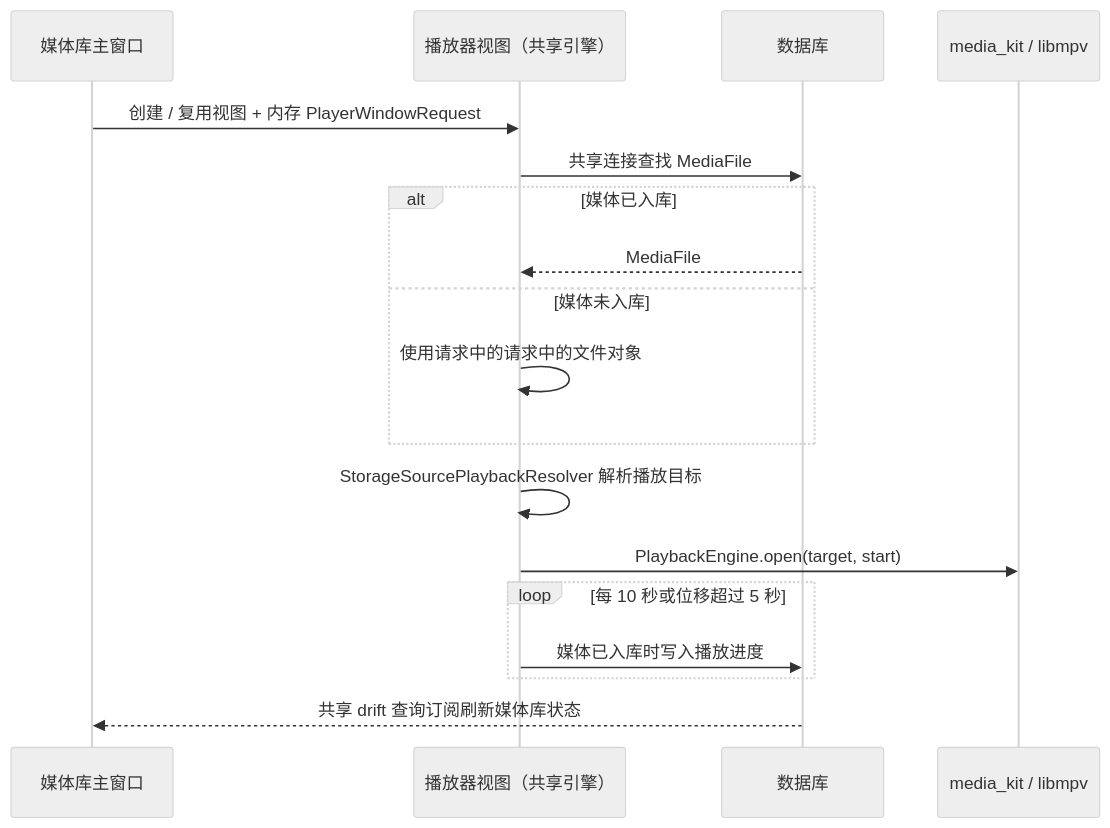
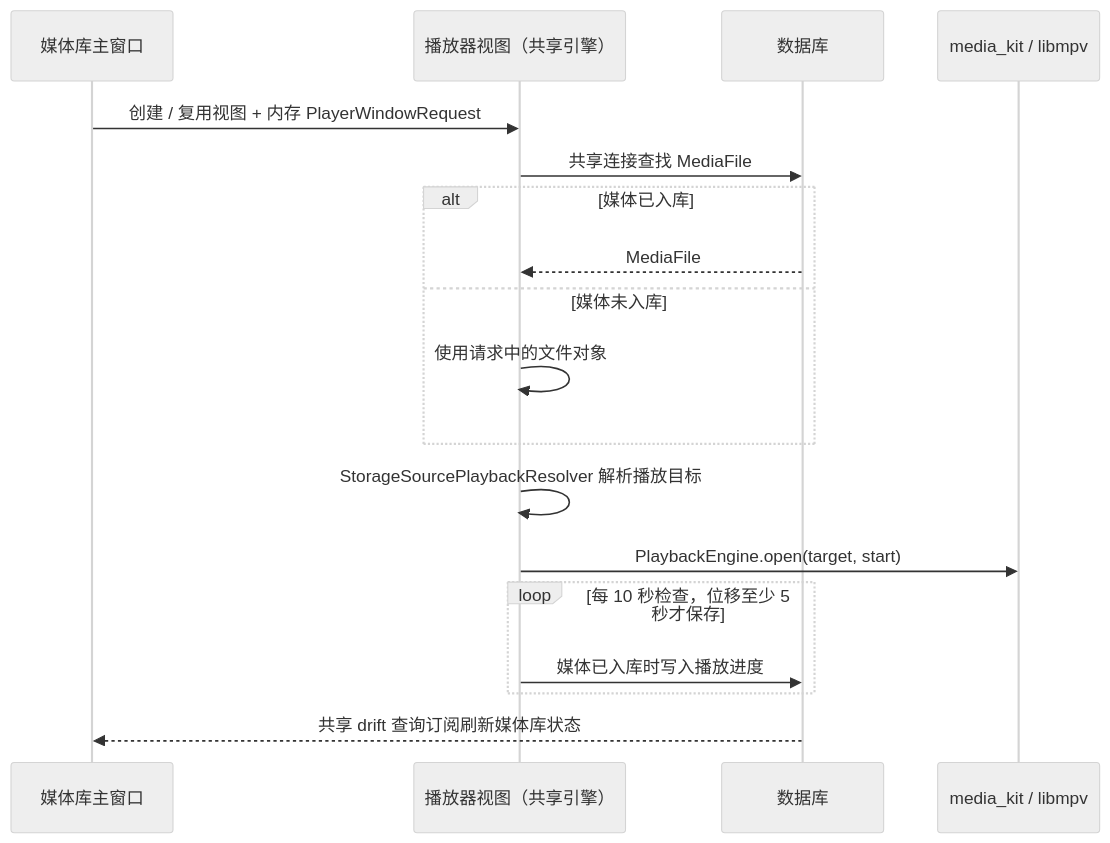
One commit to sen-to/mochi_player changed the first of 2 diagrams in docs/architecture/playback.md. Above: the diagram before and after it, drawn with Mermaid (neutral theme). The commit also changed other lines of this file and 29 other files, not shown here.

First line of the commit message:
docs: 整理项目文档，替换截图格式，完善架构与实施内容

````diff
--- a/docs/architecture/playback.md
+++ b/docs/architecture/playback.md
@@ -5,20 +5,20 @@
 ```mermaid
 sequenceDiagram
   participant UI as 媒体库主窗口
   participant MW as 播放器视图（共享引擎）
   participant DB as 数据库
   participant MPV as media_kit / libmpv
   UI->>MW: 创建 / 复用视图 + 内存 PlayerWindowRequest
   MW->>DB: 共享连接查找 MediaFile
   alt 媒体已入库
     DB-->>MW: MediaFile
   else 媒体未入库
-    MW->>MW: 使用请求中的请求中的文件对象
+    MW->>MW: 使用请求中的文件对象
   end
   MW->>MW: StorageSourcePlaybackResolver 解析播放目标
   MW->>MPV: PlaybackEngine.open(target, start)
-  loop 每 10 秒或位移超过 5 秒
+  loop 每 10 秒检查，位移至少 5 秒才保存
     MW->>DB: 媒体已入库时写入播放进度
   end
   DB-->>UI: 共享 drift 查询订阅刷新媒体库状态
 ```
````
